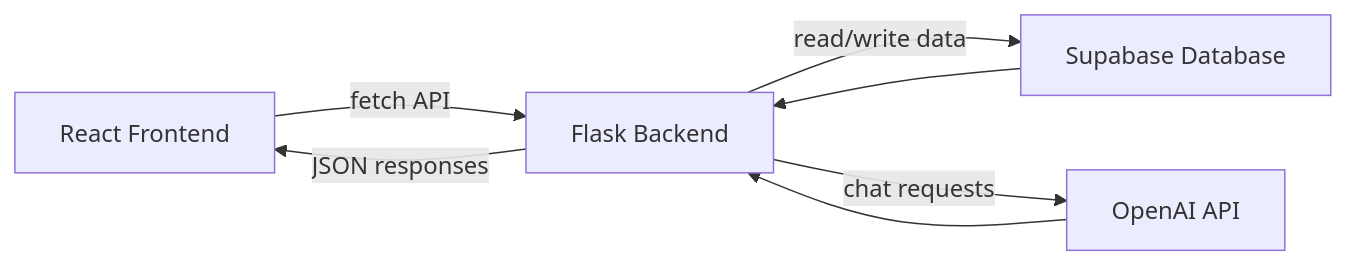
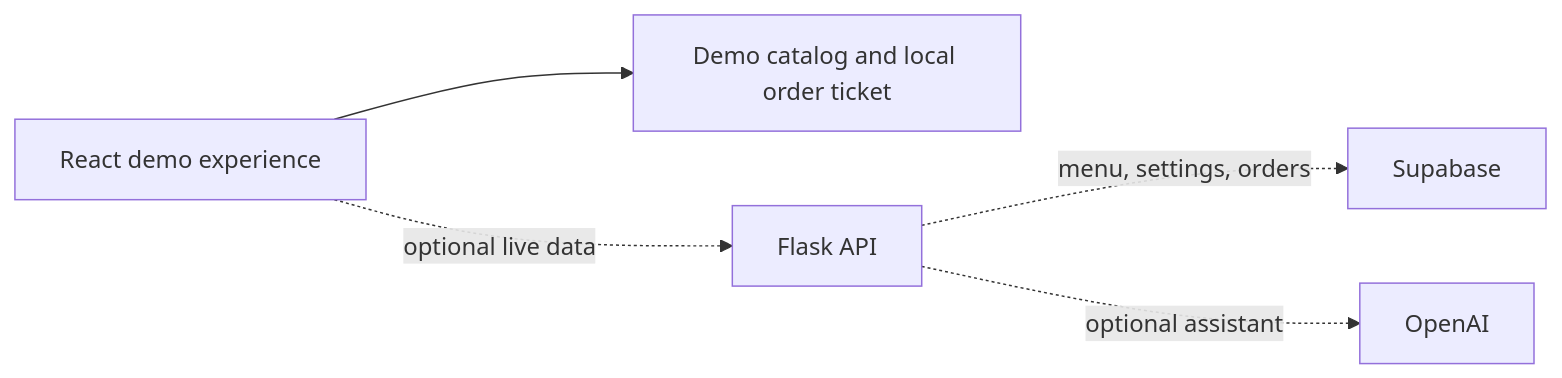
Before and after one commit to FarheenShaikh06/Ramen-Remedy: the diagram in README.md, drawn with Mermaid. The commit also changed other lines of this file and 10 other files, not shown here.

````diff
--- a/README.md
+++ b/README.md
@@ -67,9 +42,7 @@
 ```mermaid
 flowchart LR
-    A[React Frontend] -->|fetch API| B[Flask Backend]
-    B -->|read/write data| C[Supabase Database]
-    B -->|chat requests| D[OpenAI API]
-    C --> B
-    D --> B
-    B -->|JSON responses| A
+    A[React demo experience] --> B[Demo catalog and local order ticket]
+    A -. optional live data .-> C[Flask API]
+    C -. menu, settings, orders .-> D[Supabase]
+    C -. optional assistant .-> E[OpenAI]
 ```
````
